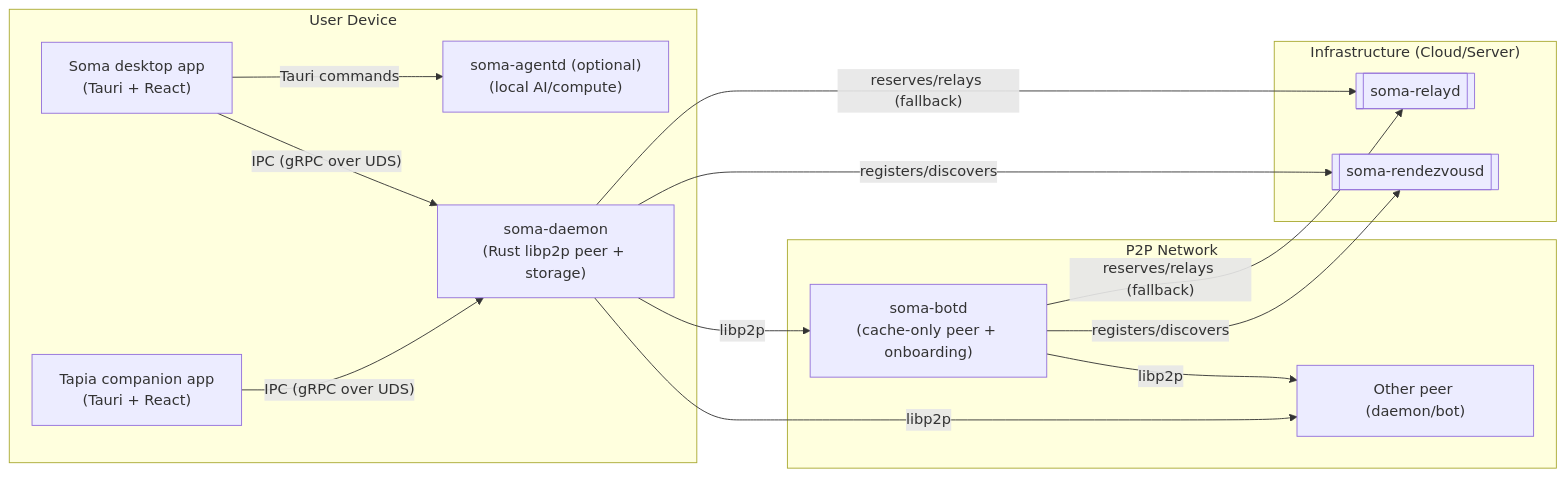
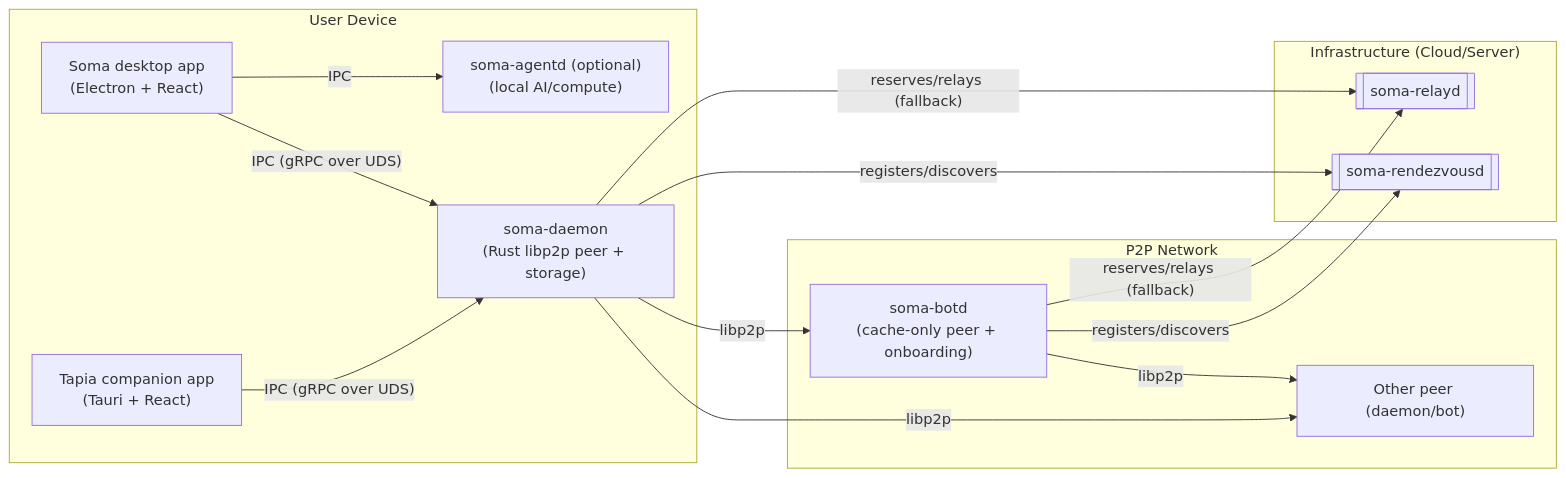
Before and after one commit to stephane-segning/soma: the first of 2 diagrams in docs/src/architecture/soma-tapia.md, drawn with Mermaid. The commit also changed other lines of this file and 193 other files, not shown here.

First line of the commit message:
Refactor Soma and Tapia desktop app structure

````diff
--- a/docs/src/architecture/soma-tapia.md
+++ b/docs/src/architecture/soma-tapia.md
@@ -43,30 +42,30 @@
 ```mermaid
 flowchart LR
   subgraph "User Device"
-    SomaUI["Soma desktop app<br/>(Tauri + React)"]
+    SomaUI["Soma desktop app<br/>(Electron + React)"]
     TapiaUI["Tapia companion app<br/>(Tauri + React)"]
     Daemon["soma-daemon<br/>(Rust libp2p peer + storage)"]
     Agent["soma-agentd (optional)<br/>(local AI/compute)"]
 
     SomaUI -- IPC (gRPC over UDS) --> Daemon
     TapiaUI -- IPC (gRPC over UDS) --> Daemon
-    SomaUI -- Tauri commands --> Agent
+    SomaUI -- IPC --> Agent
   end
 
   subgraph "P2P Network"
     Daemon -- libp2p --> Other["Other peer (daemon/bot)"]
     Bot["soma-botd<br/>(cache-only peer + onboarding)"]:::peer
     Daemon -- libp2p --> Bot
     Bot -- libp2p --> Other
   end
 
   subgraph "Infrastructure (Cloud/Server)"
     Rendezvous[[soma-rendezvousd]]:::infra
     Relay[[soma-relayd]]:::infra
   end
 
   Daemon -- registers/discovers --> Rendezvous
   Daemon -- reserves/relays (fallback) --> Relay
   Bot -- registers/discovers --> Rendezvous
   Bot -- reserves/relays (fallback) --> Relay
 ```
````
